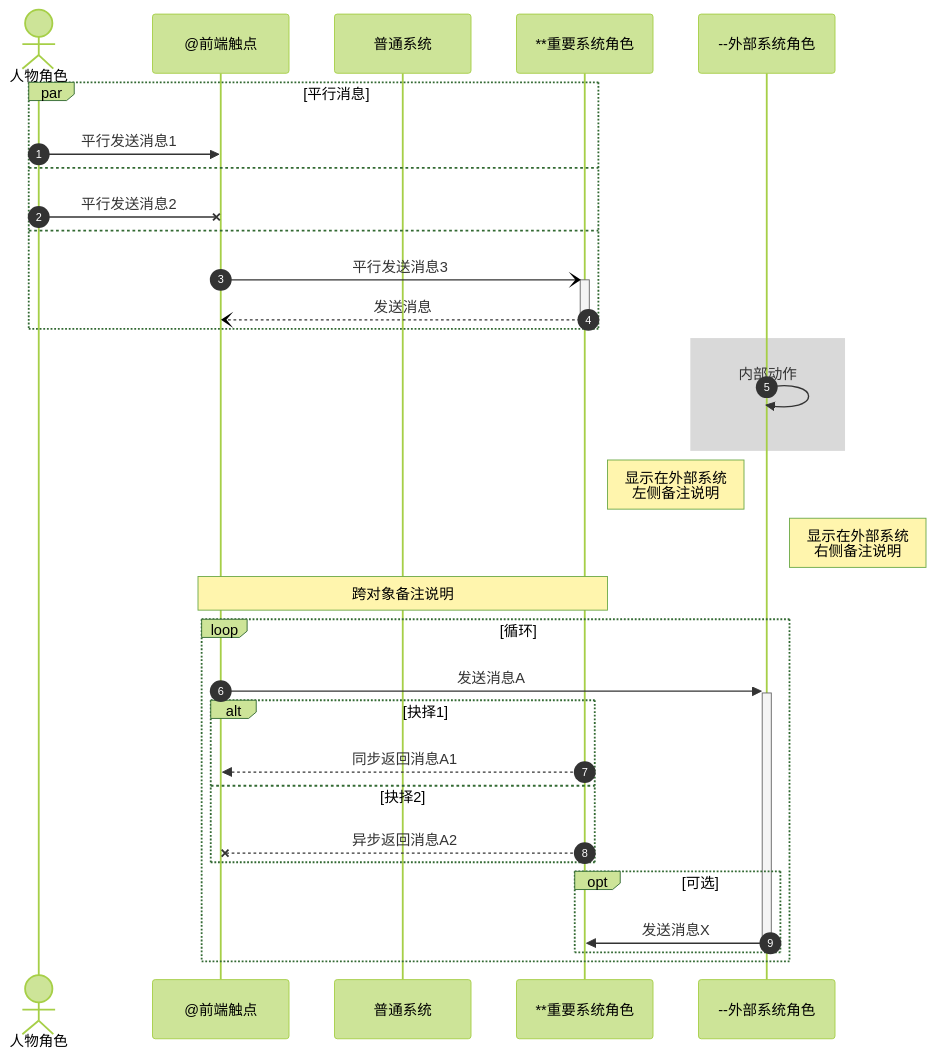
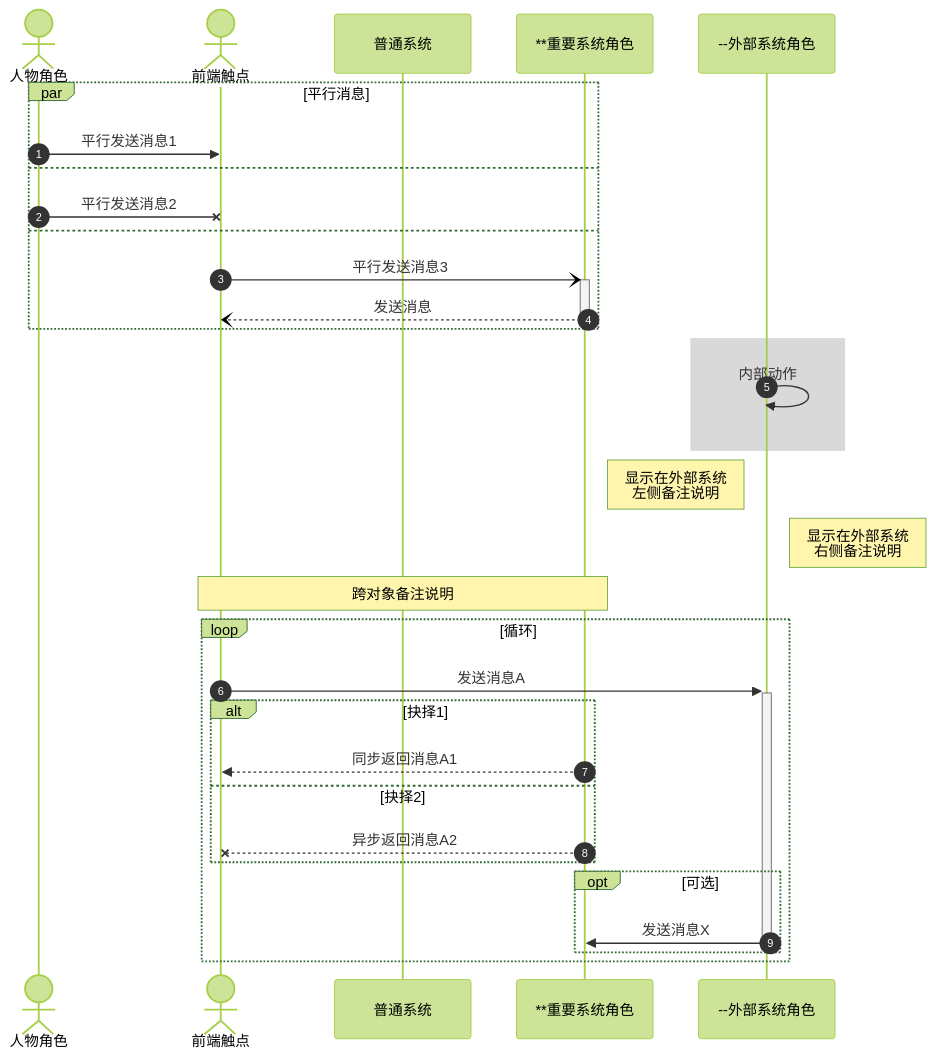
The fourth of 29 diagrams in released/demo/chart.md (MadMaxChow/VLOOK), drawn with Mermaid (forest theme) before and after one commit. The commit also changed other lines of this file and 71 other files, not shown here.

````diff
--- a/released/demo/chart.md
+++ b/released/demo/chart.md
@@ -224,40 +224,40 @@
 ```mermaid
 sequenceDiagram
 %% 设置显示消息的自动编号
 autonumber
 
 actor User as 人物角色
-participant Client as @前端触点
+actor Client as 前端触点
 participant MP as 普通系统
 participant Server as **重要系统角色
 participant Extend as --外部系统角色
 
 par 平行消息
 	User ->> Client: 平行发送消息1
 and
 	User -x Client: 平行发送消息2
 and
   Client -)+ Server: 平行发送消息3
   Server --)- Client: 发送消息
 end
 
 %% 设置区域高亮
 rect rgba(128, 128, 128, 0.3)
 	Extend ->> Extend: 内部动作
 end
 
 Note left of Extend: 显示在外部系统<br>左侧备注说明
 Note right of Extend: 显示在外部系统<br>右侧备注说明
 Note over Client,Server: 跨对象备注说明
 loop 循环
 	Client ->>+ Extend: 发送消息A
 	alt 抉择1
 		Server -->> Client: 同步返回消息A1
 	else 抉择2
 		Server --X Client: 异步返回消息A2
 	end
 	opt 可选
 		Extend ->>- Server: 发送消息X
 	end
 end
 ```
````
